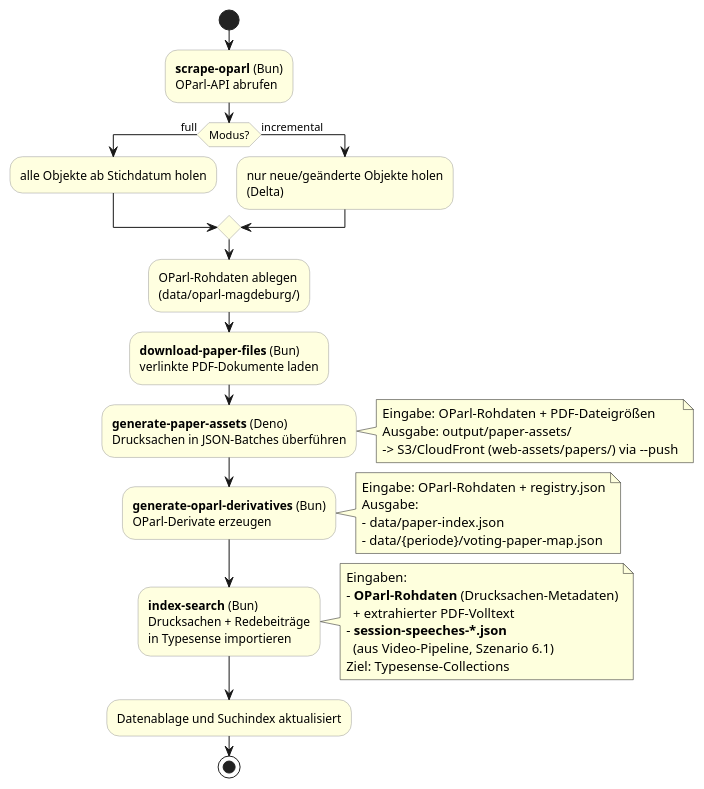
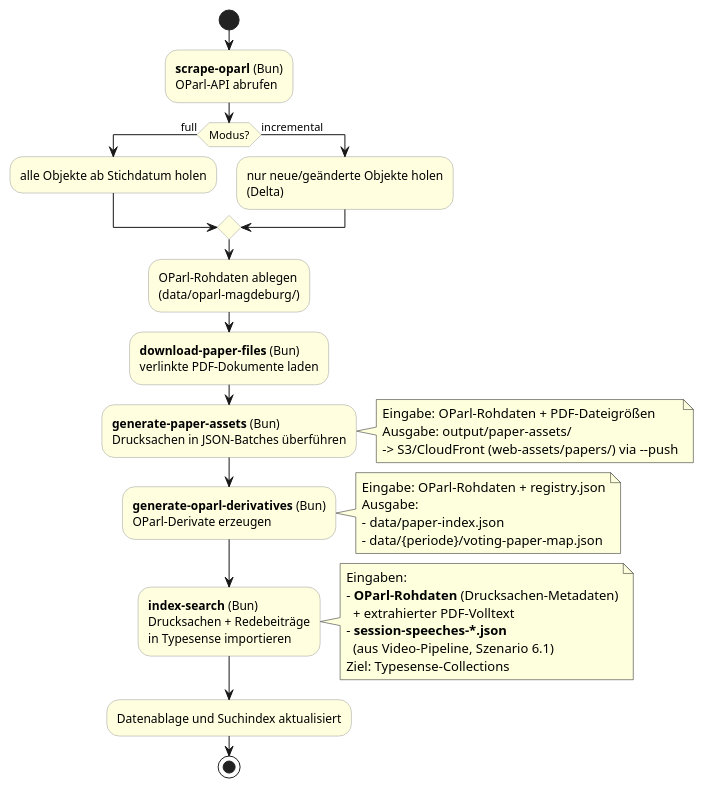
Before and after one commit to ungeschneuer/StadtratWatch-Leipzig: the diagram in docs/arc42/06-laufzeitsicht/02-oparl-ingestion.adoc, drawn with PlantUML. The commit also changed 20 other files, not shown here.

First line of the commit message:
feat(generate-paper-assets): move generate-paper-assets to Bun (#567) (#588)

```diff
--- a/docs/arc42/06-laufzeitsicht/02-oparl-ingestion.adoc
+++ b/docs/arc42/06-laufzeitsicht/02-oparl-ingestion.adoc
@@ -27,47 +27,47 @@
 [plantuml,lz-oparl-ingestion,svg]
 ....
 @startuml
 skinparam shadowing false
 skinparam activity {
   BackgroundColor #lightyellow
   BorderColor #999999
 }
 
 start
 :**scrape-oparl** (Bun)\nOParl-API abrufen;
 if (Modus?) then (full)
   :alle Objekte ab Stichdatum holen;
 else (incremental)
   :nur neue/geänderte Objekte holen\n(Delta);
 endif
 :OParl-Rohdaten ablegen\n(data/oparl-magdeburg/);
 
 :**download-paper-files** (Bun)\nverlinkte PDF-Dokumente laden;
-:**generate-paper-assets** (Deno)\nDrucksachen in JSON-Batches überführen;
+:**generate-paper-assets** (Bun)\nDrucksachen in JSON-Batches überführen;
 note right
   Eingabe: OParl-Rohdaten + PDF-Dateigrößen
   Ausgabe: output/paper-assets/
   -> S3/CloudFront (web-assets/papers/) via --push
 end note
 
 :**generate-oparl-derivatives** (Bun)\nOParl-Derivate erzeugen;
 note right
   Eingabe: OParl-Rohdaten + registry.json
   Ausgabe:
   - data/paper-index.json
   - data/{periode}/voting-paper-map.json
 end note
 
 :**index-search** (Bun)\nDrucksachen + Redebeiträge\nin Typesense importieren;
 note right
   Eingaben:
   - **OParl-Rohdaten** (Drucksachen-Metadaten)
     + extrahierter PDF-Volltext
   - **session-speeches-*.json**
     (aus Video-Pipeline, Szenario 6.1)
   Ziel: Typesense-Collections
 end note
 :Datenablage und Suchindex aktualisiert;
 stop
 @enduml
 ....
```
